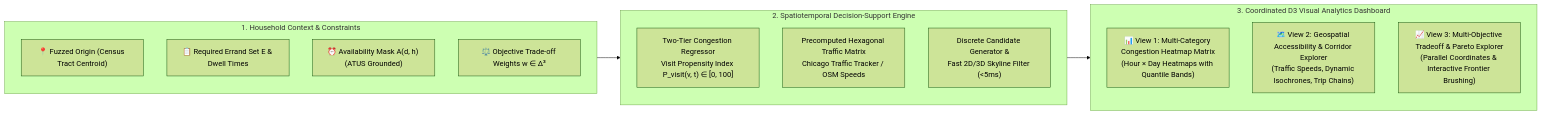
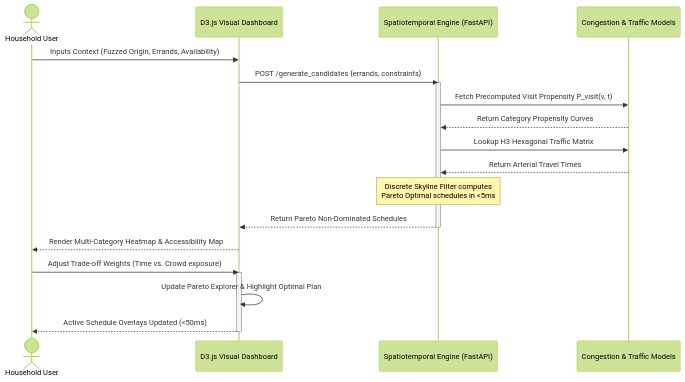
The first of 4 diagrams in projectwork/topics/SmartUtilityPlanner.md (manoj-android/cse-6242-project), drawn with Mermaid (forest theme) before and after one commit.

Commit message:
updated flow diagram

````diff
--- a/projectwork/topics/SmartUtilityPlanner.md
+++ b/projectwork/topics/SmartUtilityPlanner.md
@@ -40,23 +40,28 @@
 ```mermaid
-flowchart LR
-    subgraph Inputs["1. Household Context & Constraints"]
-        I1["📍 Fuzzed Origin (Census Tract Centroid)"]
-        I2["📋 Required Errand Set E & Dwell Times"]
-        I3["⏰ Availability Mask A(d, h) (ATUS Grounded)"]
-        I4["⚖️ Objective Trade-off Weights w ∈ Δ³"]
-    end
-
-    subgraph Engine["2. Spatiotemporal Decision-Support Engine"]
-        M1["Two-Tier Congestion Regressor<br>Visit Propensity Index P_visit(v, t) ∈ [0, 100]"]
-        M2["Precomputed Hexagonal Traffic Matrix<br>Chicago Traffic Tracker / OSM Speeds"]
-        M3["Discrete Candidate Generator &<br>Fast 2D/3D Skyline Filter (<5ms)"]
-    end
-
-    subgraph Visual["3. Coordinated D3 Visual Analytics Dashboard"]
-        V1["📊 View 1: Multi-Category Congestion Heatmap Matrix<br>(Hour × Day Heatmaps with Quantile Bands)"]
-        V2["🗺️ View 2: Geospatial Accessibility & Corridor Explorer<br>(Traffic Speeds, Dynamic Isochrones, Trip Chains)"]
-        V3["📈 View 3: Multi-Objective Tradeoff & Pareto Explorer<br>(Parallel Coordinates & Interactive Frontier Brushing)"]
-    end
-
-    Inputs --> Engine --> Visual
+sequenceDiagram
+    actor User as Household User
+    participant Dash as D3.js Visual Dashboard
+    participant Engine as Spatiotemporal Engine (FastAPI)
+    participant Model as Congestion & Traffic Models
+    
+    User->>Dash: Inputs Context (Fuzzed Origin, Errands, Availability)
+    Dash->>Engine: POST /generate_candidates {errands, constraints}
+    
+    activate Engine
+    Engine->>Model: Fetch Precomputed Visit Propensity P_visit(v, t)
+    Model-->>Engine: Return Category Propensity Curves
+    Engine->>Model: Lookup H3 Hexagonal Traffic Matrix
+    Model-->>Engine: Return Arterial Travel Times
+    
+    Note over Engine: Discrete Skyline Filter computes <br> Pareto Optimal schedules in <5ms
+    Engine-->>Dash: Return Pareto Non-Dominated Schedules
+    deactivate Engine
+    
+    Dash-->>User: Render Multi-Category Heatmap & Accessibility Map
+    
+    User->>Dash: Adjust Trade-off Weights (Time vs. Crowd exposure)
+    activate Dash
+    Dash->>Dash: Update Pareto Explorer & Highlight Optimal Plan
+    Dash-->>User: Active Schedule Overlays Updated (<50ms)
+    deactivate Dash
 ```
````
